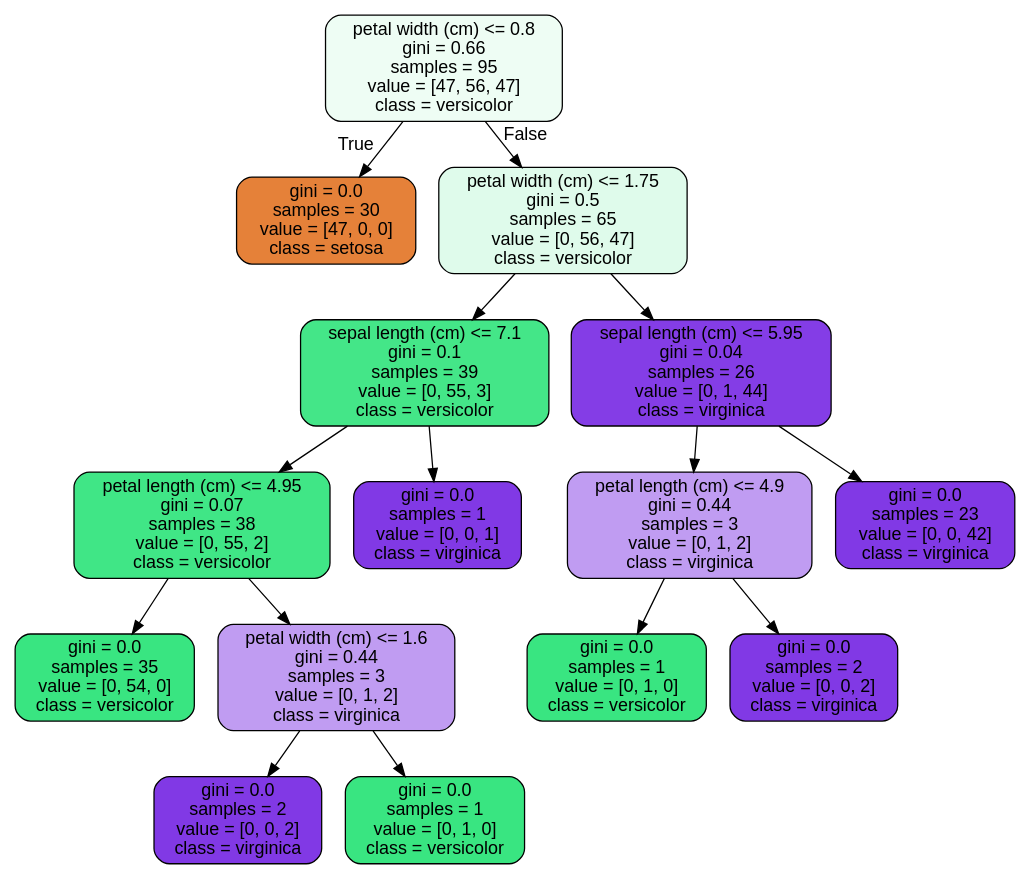
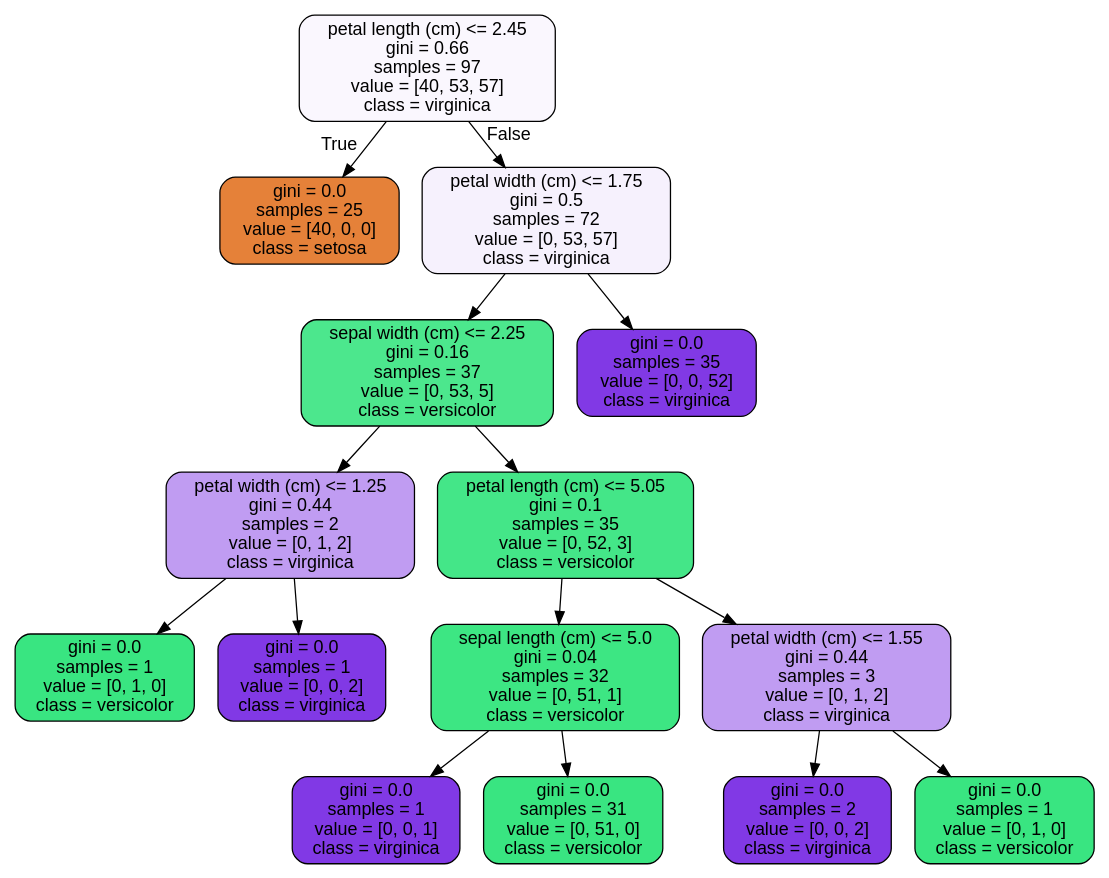
The diagram in RandomForest Covid Case Study/tree.dot (Hienquang/SpringBoard), drawn with Graphviz before and after one commit. The commit also changed 1 other file, not shown here.

```diff
--- a/RandomForest Covid Case Study/tree.dot
+++ b/RandomForest Covid Case Study/tree.dot
@@ -1,33 +1,33 @@
 digraph Tree {
 node [shape=box, style="filled, rounded", color="black", fontname=helvetica] ;
 edge [fontname=helvetica] ;
-0 [label="petal width (cm) <= 0.8\ngini = 0.66\nsamples = 95\nvalue = [47, 56, 47]\nclass = versicolor", fillcolor="#eefdf4"] ;
-1 [label="gini = 0.0\nsamples = 30\nvalue = [47, 0, 0]\nclass = setosa", fillcolor="#e58139"] ;
+0 [label="petal length (cm) <= 2.45\ngini = 0.66\nsamples = 97\nvalue = [40, 53, 57]\nclass = virginica", fillcolor="#faf7fe"] ;
+1 [label="gini = 0.0\nsamples = 25\nvalue = [40, 0, 0]\nclass = setosa", fillcolor="#e58139"] ;
 0 -> 1 [labeldistance=2.5, labelangle=45, headlabel="True"] ;
-2 [label="petal width (cm) <= 1.75\ngini = 0.5\nsamples = 65\nvalue = [0, 56, 47]\nclass = versicolor", fillcolor="#dffbeb"] ;
+2 [label="petal width (cm) <= 1.75\ngini = 0.5\nsamples = 72\nvalue = [0, 53, 57]\nclass = virginica", fillcolor="#f6f1fd"] ;
 0 -> 2 [labeldistance=2.5, labelangle=-45, headlabel="False"] ;
-3 [label="sepal length (cm) <= 7.1\ngini = 0.1\nsamples = 39\nvalue = [0, 55, 3]\nclass = versicolor", fillcolor="#44e688"] ;
+3 [label="sepal width (cm) <= 2.25\ngini = 0.16\nsamples = 37\nvalue = [0, 53, 5]\nclass = versicolor", fillcolor="#4ce78d"] ;
 2 -> 3 ;
-4 [label="petal length (cm) <= 4.95\ngini = 0.07\nsamples = 38\nvalue = [0, 55, 2]\nclass = versicolor", fillcolor="#40e686"] ;
+4 [label="petal width (cm) <= 1.25\ngini = 0.44\nsamples = 2\nvalue = [0, 1, 2]\nclass = virginica", fillcolor="#c09cf2"] ;
 3 -> 4 ;
-5 [label="gini = 0.0\nsamples = 35\nvalue = [0, 54, 0]\nclass = versicolor", fillcolor="#39e581"] ;
+5 [label="gini = 0.0\nsamples = 1\nvalue = [0, 1, 0]\nclass = versicolor", fillcolor="#39e581"] ;
 4 -> 5 ;
-6 [label="petal width (cm) <= 1.6\ngini = 0.44\nsamples = 3\nvalue = [0, 1, 2]\nclass = virginica", fillcolor="#c09cf2"] ;
+6 [label="gini = 0.0\nsamples = 1\nvalue = [0, 0, 2]\nclass = virginica", fillcolor="#8139e5"] ;
 4 -> 6 ;
-7 [label="gini = 0.0\nsamples = 2\nvalue = [0, 0, 2]\nclass = virginica", fillcolor="#8139e5"] ;
-6 -> 7 ;
-8 [label="gini = 0.0\nsamples = 1\nvalue = [0, 1, 0]\nclass = versicolor", fillcolor="#39e581"] ;
-6 -> 8 ;
+7 [label="petal length (cm) <= 5.05\ngini = 0.1\nsamples = 35\nvalue = [0, 52, 3]\nclass = versicolor", fillcolor="#44e688"] ;
+3 -> 7 ;
+8 [label="sepal length (cm) <= 5.0\ngini = 0.04\nsamples = 32\nvalue = [0, 51, 1]\nclass = versicolor", fillcolor="#3de683"] ;
+7 -> 8 ;
 9 [label="gini = 0.0\nsamples = 1\nvalue = [0, 0, 1]\nclass = virginica", fillcolor="#8139e5"] ;
-3 -> 9 ;
-10 [label="sepal length (cm) <= 5.95\ngini = 0.04\nsamples = 26\nvalue = [0, 1, 44]\nclass = virginica", fillcolor="#843de6"] ;
-2 -> 10 ;
-11 [label="petal length (cm) <= 4.9\ngini = 0.44\nsamples = 3\nvalue = [0, 1, 2]\nclass = virginica", fillcolor="#c09cf2"] ;
-10 -> 11 ;
-12 [label="gini = 0.0\nsamples = 1\nvalue = [0, 1, 0]\nclass = versicolor", fillcolor="#39e581"] ;
+8 -> 9 ;
+10 [label="gini = 0.0\nsamples = 31\nvalue = [0, 51, 0]\nclass = versicolor", fillcolor="#39e581"] ;
+8 -> 10 ;
+11 [label="petal width (cm) <= 1.55\ngini = 0.44\nsamples = 3\nvalue = [0, 1, 2]\nclass = virginica", fillcolor="#c09cf2"] ;
+7 -> 11 ;
+12 [label="gini = 0.0\nsamples = 2\nvalue = [0, 0, 2]\nclass = virginica", fillcolor="#8139e5"] ;
 11 -> 12 ;
-13 [label="gini = 0.0\nsamples = 2\nvalue = [0, 0, 2]\nclass = virginica", fillcolor="#8139e5"] ;
+13 [label="gini = 0.0\nsamples = 1\nvalue = [0, 1, 0]\nclass = versicolor", fillcolor="#39e581"] ;
 11 -> 13 ;
-14 [label="gini = 0.0\nsamples = 23\nvalue = [0, 0, 42]\nclass = virginica", fillcolor="#8139e5"] ;
-10 -> 14 ;
+14 [label="gini = 0.0\nsamples = 35\nvalue = [0, 0, 52]\nclass = virginica", fillcolor="#8139e5"] ;
+2 -> 14 ;
 }
```
